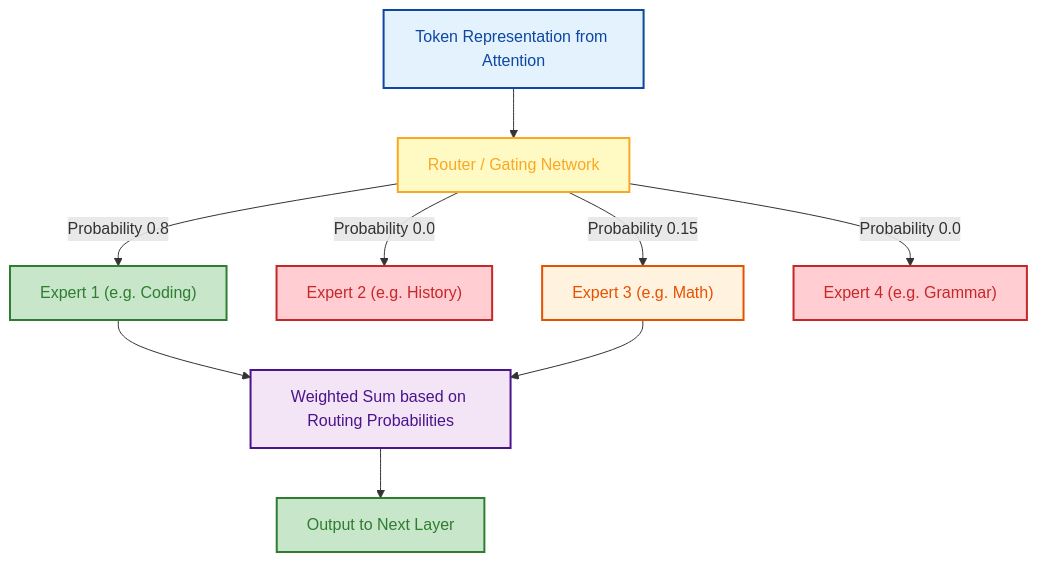
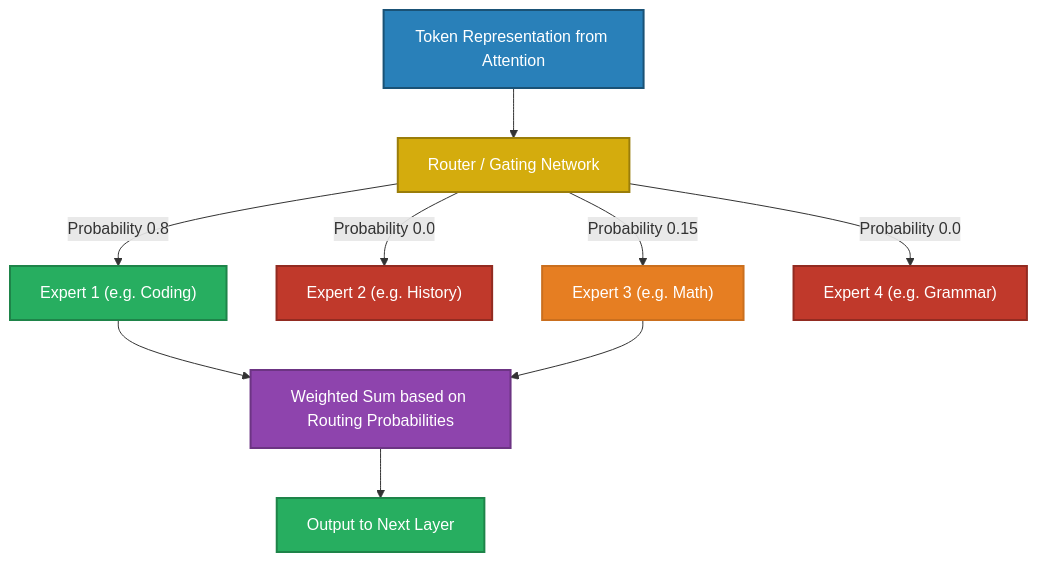
The second of 2 diagrams in docs/07-language-models/README.md (GyanendraChaubey/AI-Engineering-Notes), drawn with Mermaid before and after one commit. The commit also changed other lines of this file and 15 other files, not shown here.

Commit message:
style: replace all Mermaid diagram colors with saturated palette + white text for dark mode compatibility (321 changes across 16 files)

````diff
--- a/docs/07-language-models/README.md
+++ b/docs/07-language-models/README.md
@@ -154,21 +154,21 @@
 ```mermaid
 flowchart TD
     A["Token Representation from Attention"] --> B["Router / Gating Network"]
     
     B -->|"Probability 0.8"| C["Expert 1 (e.g. Coding)"]
     B -->|"Probability 0.0"| D["Expert 2 (e.g. History)"]
     B -->|"Probability 0.15"| E["Expert 3 (e.g. Math)"]
     B -->|"Probability 0.0"| F["Expert 4 (e.g. Grammar)"]
     
     C --> G["Weighted Sum based on Routing Probabilities"]
     E --> G
     G --> H["Output to Next Layer"]
-    style A fill:#e3f2fd,stroke:#0d47a1,stroke-width:2px,color:#0d47a1
-    style B fill:#fff9c4,stroke:#f9a825,stroke-width:2px,color:#f9a825
-    style C fill:#c8e6c9,stroke:#2e7d32,stroke-width:2px,color:#2e7d32
-    style D fill:#ffcdd2,stroke:#c62828,stroke-width:2px,color:#c62828
-    style E fill:#fff3e0,stroke:#e65100,stroke-width:2px,color:#e65100
-    style F fill:#ffcdd2,stroke:#c62828,stroke-width:2px,color:#c62828
-    style G fill:#f3e5f5,stroke:#4a148c,stroke-width:2px,color:#4a148c
-    style H fill:#c8e6c9,stroke:#2e7d32,stroke-width:2px,color:#2e7d32
+    style A fill:#2980B9,stroke:#1A5276,stroke-width:2px,color:#FFFFFF
+    style B fill:#D4AC0D,stroke:#9A7D0A,stroke-width:2px,color:#FFFFFF
+    style C fill:#27AE60,stroke:#1E8449,stroke-width:2px,color:#FFFFFF
+    style D fill:#C0392B,stroke:#922B21,stroke-width:2px,color:#FFFFFF
+    style E fill:#E67E22,stroke:#CA6F1E,stroke-width:2px,color:#FFFFFF
+    style F fill:#C0392B,stroke:#922B21,stroke-width:2px,color:#FFFFFF
+    style G fill:#8E44AD,stroke:#6C3483,stroke-width:2px,color:#FFFFFF
+    style H fill:#27AE60,stroke:#1E8449,stroke-width:2px,color:#FFFFFF
 ```
````
